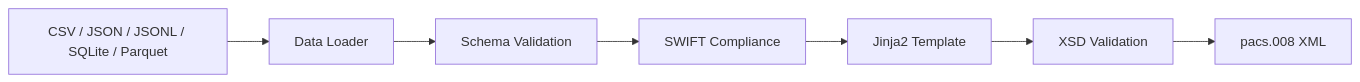
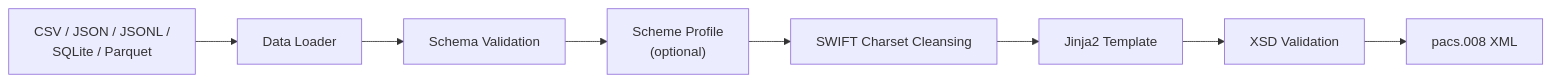
Before and after one commit to sebastienrousseau/pacs008: the diagram in README.md, drawn with Mermaid. The commit also changed other lines of this file and 80 other files, not shown here.

````diff
--- a/README.md
+++ b/README.md
@@ -1024,9 +674,12 @@
 ```mermaid
 flowchart LR
-    A[CSV / JSON / JSONL / SQLite / Parquet] --> B[Data Loader]
+    A["CSV / JSON / JSONL /
+       SQLite / Parquet"] --> B[Data Loader]
     B --> C[Schema Validation]
-    C --> D[SWIFT Compliance]
-    D --> E[Jinja2 Template]
-    E --> F[XSD Validation]
-    F --> G[pacs.008 XML]
+    C --> D["Scheme Profile
+             (optional)"]
+    D --> E[SWIFT Charset Cleansing]
+    E --> F[Jinja2 Template]
+    F --> G[XSD Validation]
+    G --> H[pacs.008 XML]
 ```
````
